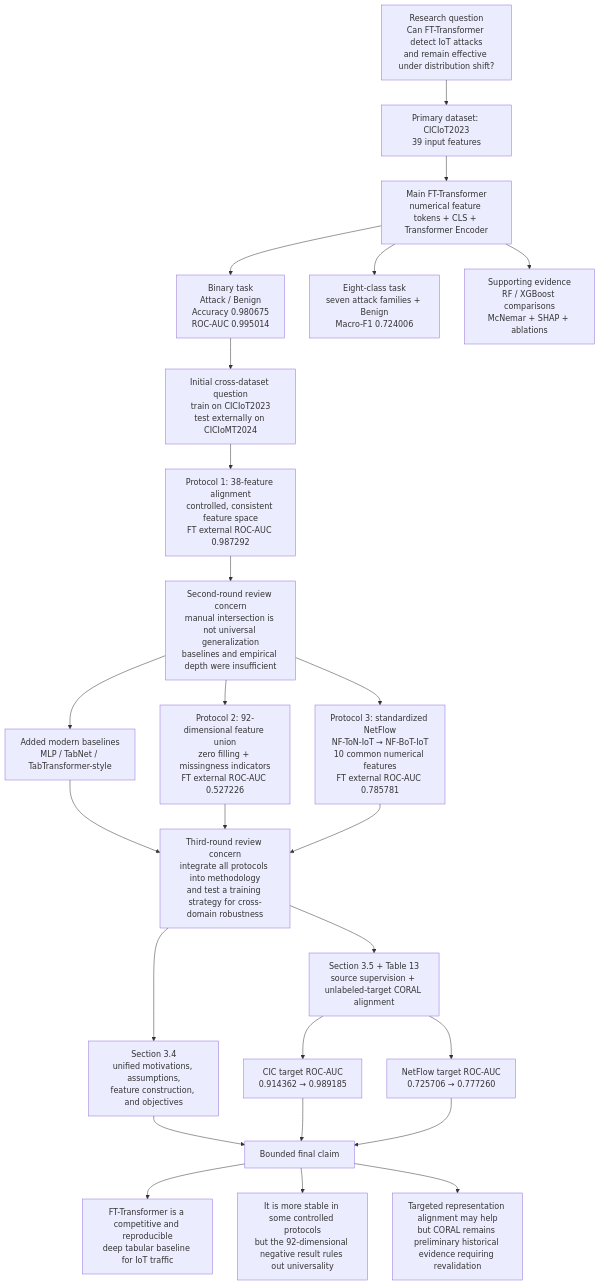
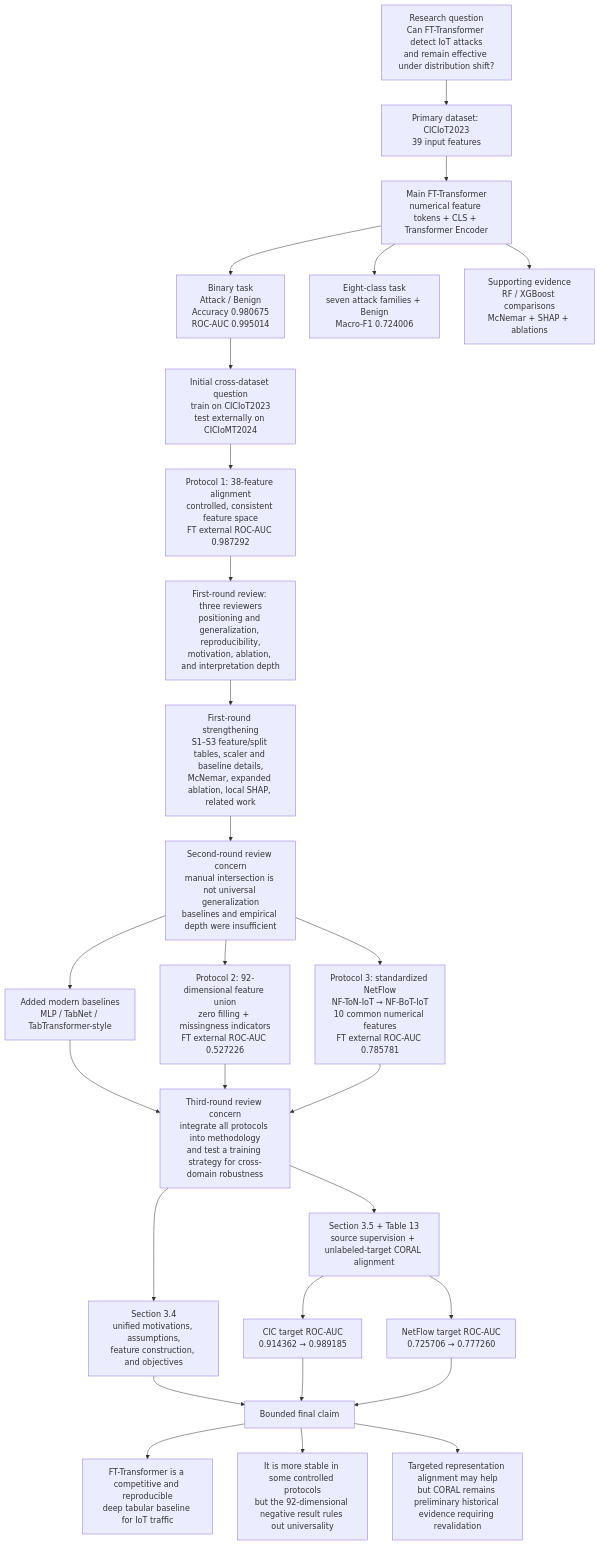
One commit to musicoffee/ft-transformer-iot-intrusion-detection changed the second of 2 diagrams in README.md. Above: the diagram before and after it, drawn with Mermaid. The commit also changed other lines of this file and 1 other file, not shown here.

````diff
--- a/README.md
+++ b/README.md
@@ -275,31 +277,33 @@
 ```mermaid
 flowchart TD
     A["Research question<br/>Can FT-Transformer detect IoT attacks<br/>and remain effective under distribution shift?"] --> B["Primary dataset: CICIoT2023<br/>39 input features"]
     B --> C["Main FT-Transformer<br/>numerical feature tokens + CLS + Transformer Encoder"]
     C --> D1["Binary task<br/>Attack / Benign<br/>Accuracy 0.980675<br/>ROC-AUC 0.995014"]
     C --> D2["Eight-class task<br/>seven attack families + Benign<br/>Macro-F1 0.724006"]
     C --> D3["Supporting evidence<br/>RF / XGBoost comparisons<br/>McNemar + SHAP + ablations"]
 
     D1 --> E["Initial cross-dataset question<br/>train on CICIoT2023<br/>test externally on CICIoMT2024"]
     E --> P1["Protocol 1: 38-feature alignment<br/>controlled, consistent feature space<br/>FT external ROC-AUC 0.987292"]
 
-    P1 --> R2["Second-round review concern<br/>manual intersection is not universal generalization<br/>baselines and empirical depth were insufficient"]
+    P1 --> R1["First-round review: three reviewers<br/>positioning and generalization, reproducibility,<br/>motivation, ablation, and interpretation depth"]
+    R1 --> A1["First-round strengthening<br/>S1–S3 feature/split tables, scaler and baseline details,<br/>McNemar, expanded ablation, local SHAP, related work"]
+    A1 --> R2["Second-round review concern<br/>manual intersection is not universal generalization<br/>baselines and empirical depth were insufficient"]
     R2 --> M["Added modern baselines<br/>MLP / TabNet / TabTransformer-style"]
     R2 --> P2["Protocol 2: 92-dimensional feature union<br/>zero filling + missingness indicators<br/>FT external ROC-AUC 0.527226"]
     R2 --> P3["Protocol 3: standardized NetFlow<br/>NF-ToN-IoT → NF-BoT-IoT<br/>10 common numerical features<br/>FT external ROC-AUC 0.785781"]
 
     M --> R3["Third-round review concern<br/>integrate all protocols into methodology<br/>and test a training strategy for cross-domain robustness"]
     P2 --> R3
     P3 --> R3
     R3 --> S34["Section 3.4<br/>unified motivations, assumptions,<br/>feature construction, and objectives"]
     R3 --> CORAL["Section 3.5 + Table 13<br/>source supervision + unlabeled-target CORAL alignment"]
     CORAL --> C1["CIC target ROC-AUC<br/>0.914362 → 0.989185"]
     CORAL --> C2["NetFlow target ROC-AUC<br/>0.725706 → 0.777260"]
 
     S34 --> F["Bounded final claim"]
     C1 --> F
     C2 --> F
     F --> F1["FT-Transformer is a competitive and reproducible<br/>deep tabular baseline for IoT traffic"]
     F --> F2["It is more stable in some controlled protocols<br/>but the 92-dimensional negative result rules out universality"]
     F --> F3["Targeted representation alignment may help<br/>but CORAL remains preliminary historical evidence requiring revalidation"]
 ```
````
